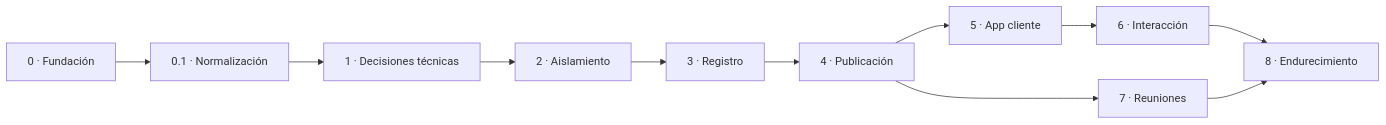
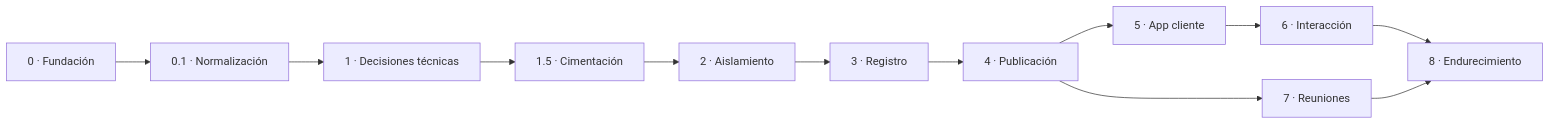
The diagram in docs/MVP-PLAN.md (nelsonjhongp/nj-worktrace), drawn with Mermaid before and after one commit. The commit also changed other lines of this file and 13 other files, not shown here.

````diff
--- a/docs/MVP-PLAN.md
+++ b/docs/MVP-PLAN.md
@@ -137,13 +159,14 @@
 ```mermaid
 graph LR
     I0[0 · Fundación] --> I01[0.1 · Normalización]
     I01 --> I1[1 · Decisiones técnicas]
-    I1 --> I2[2 · Aislamiento]
+    I1 --> I15[1.5 · Cimentación]
+    I15 --> I2[2 · Aislamiento]
     I2 --> I3[3 · Registro]
     I3 --> I4[4 · Publicación]
     I4 --> I5[5 · App cliente]
     I5 --> I6[6 · Interacción]
     I4 --> I7[7 · Reuniones]
     I6 --> I8[8 · Endurecimiento]
     I7 --> I8
 ```
````
